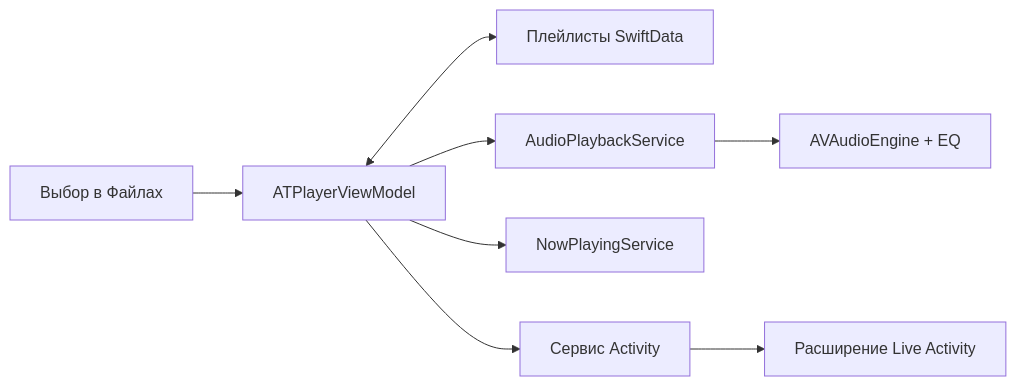
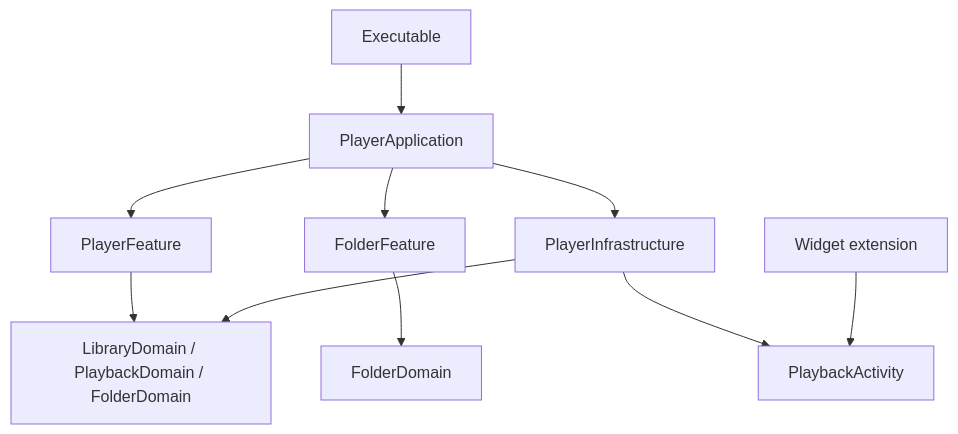
The diagram in docs/ru/development.md (andrey-torlopov/ATPlayer), drawn with Mermaid before and after one commit. The commit also changed other lines of this file and 34 other files, not shown here.

Commit message:
Add folder browsing and cached playback

````diff
--- a/docs/ru/development.md
+++ b/docs/ru/development.md
@@ -49,10 +52,12 @@
 ```mermaid
-flowchart LR
-    Files[Выбор в Файлах] --> VM[ATPlayerViewModel]
-    VM <--> Store[Плейлисты SwiftData]
-    VM --> Audio[AudioPlaybackService]
-    Audio --> Engine[AVAudioEngine + EQ]
-    VM --> Now[NowPlayingService]
-    VM --> Live[Сервис Activity]
-    Live --> Widget[Расширение Live Activity]
+flowchart TD
+    App[Executable] --> Application[PlayerApplication]
+    Application --> Player[PlayerFeature]
+    Application --> Folders[FolderFeature]
+    Application --> Infra[PlayerInfrastructure]
+    Player --> Domains[LibraryDomain / PlaybackDomain / FolderDomain]
+    Folders --> FolderDomain
+    Infra --> Domains
+    Infra --> Activity[PlaybackActivity]
+    Extension[Widget extension] --> Activity
 ```
````
